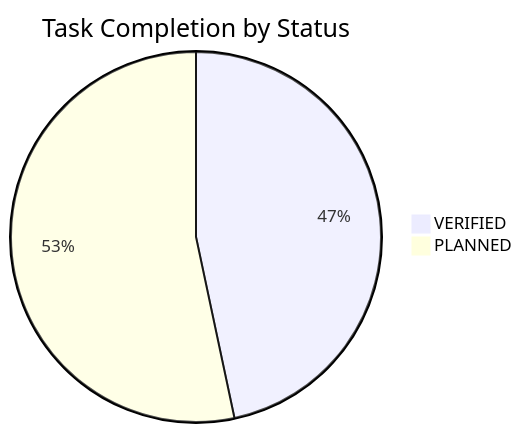
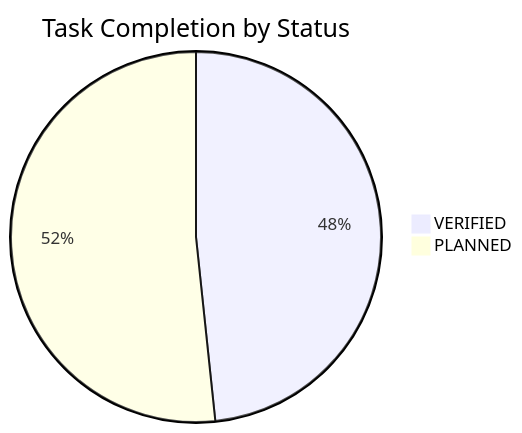
Before and after one commit to NguyenTriBaoThang/ClearWayAI: the diagram in docs/TASK_BOARD.md, drawn with Mermaid. The commit also changed other lines of this file and 27 other files, not shown here.

````diff
--- a/docs/TASK_BOARD.md
+++ b/docs/TASK_BOARD.md
@@ -16,5 +16,5 @@
 ```mermaid
 pie title Task Completion by Status
-    "VERIFIED" : 28
-    "PLANNED" : 32
+    "VERIFIED" : 29
+    "PLANNED" : 31
 ```
````
